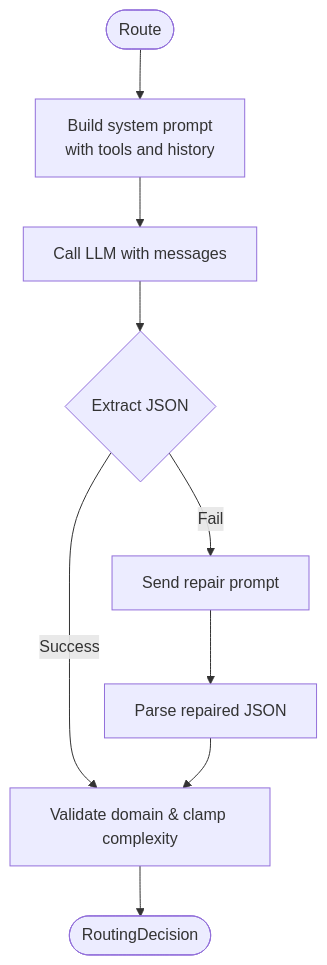
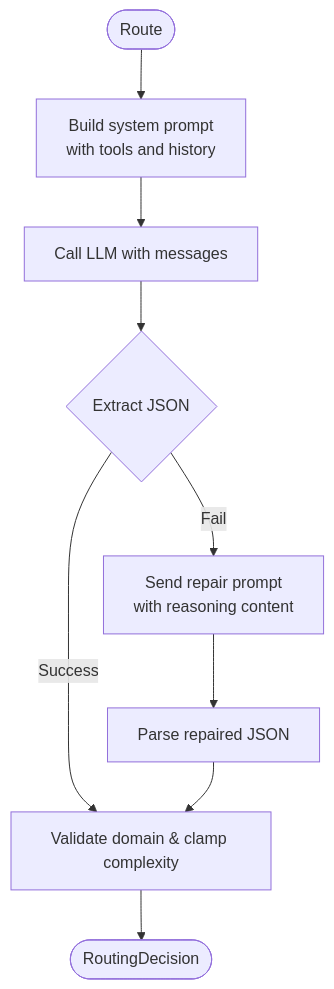
Before and after one commit to v0lka/c0wrk: the fourth of 13 diagrams in .qoder/repowiki/en/content/Core AI Engine/Core AI Engine.md, drawn with Mermaid. The commit also changed other lines of this file and 3 other files, not shown here.

````diff
--- a/.qoder/repowiki/en/content/Core AI Engine/Core AI Engine.md
+++ b/.qoder/repowiki/en/content/Core AI Engine/Core AI Engine.md
@@ -235,11 +260,11 @@
 ```mermaid
 flowchart TD
 RStart(["Route"]) --> BuildPrompt["Build system prompt<br/>with tools and history"]
 BuildPrompt --> CallLLM["Call LLM with messages"]
 CallLLM --> Parse{"Extract JSON"}
 Parse --> |Success| Validate["Validate domain & clamp complexity"]
-Parse --> |Fail| Repair["Send repair prompt"]
+Parse --> |Fail| Repair["Send repair prompt<br/>with reasoning content"]
 Repair --> Parse2["Parse repaired JSON"]
 Parse2 --> Validate
 Validate --> RDone(["RoutingDecision"])
 ```
````
